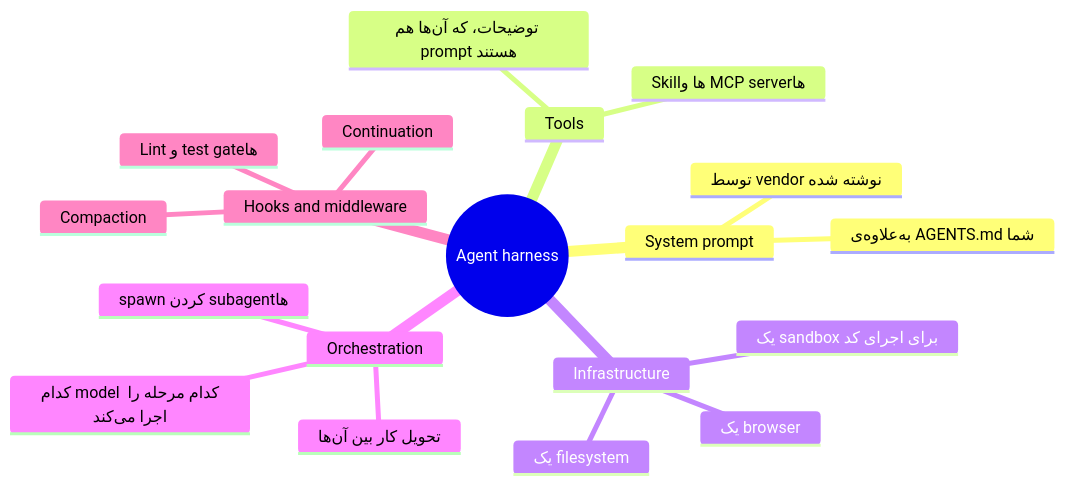
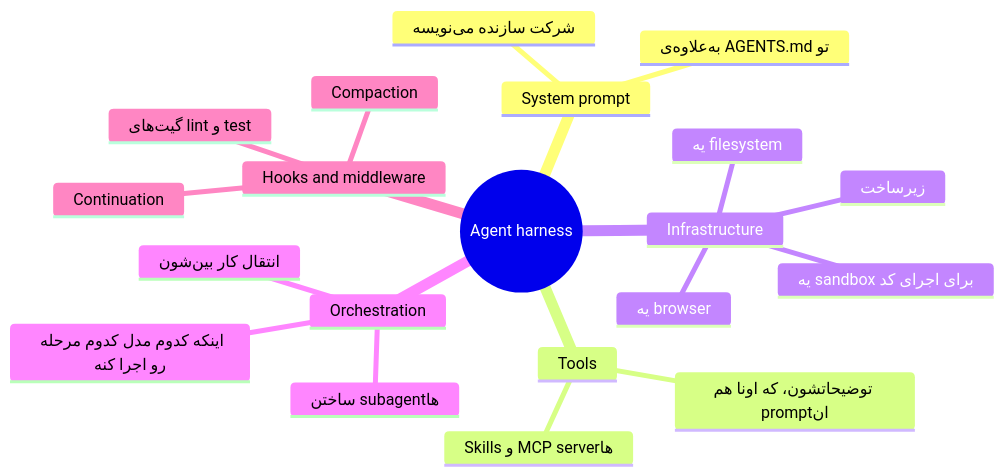
Before and after one commit to lokumai/ai-engineering-bazaar: the first of 3 diagrams in mini-courses/2_intermediate/harness_engineering_fa.md, drawn with Mermaid. The commit also changed other lines of this file and 63 other files, not shown here.

````diff
--- a/mini-courses/2_intermediate/harness_engineering_fa.md
+++ b/mini-courses/2_intermediate/harness_engineering_fa.md
@@ -51,22 +51,23 @@
 ```mermaid
 mindmap
   root((Agent harness))
     System prompt
-      توسط vendor نوشته شده
-      به‌علاوه‌ی AGENTS.md شما
+      شرکت سازنده می‌نویسه
+      به‌علاوه‌ی AGENTS.md تو
     Tools
-      توضیحات، که آن‌ها هم prompt هستند
-      Skill‌ها و MCP server‌ها
+      توضیحاتشون، که اونا هم prompt‌ان
+      Skills و MCP server‌ها
     Infrastructure
-      یک filesystem
-      یک sandbox برای اجرای کد
-      یک browser
+      زیرساخت
+      یه filesystem
+      یه sandbox برای اجرای کد
+      یه browser
     Orchestration
-      spawn کردن subagent‌ها
-      تحویل کار بین آن‌ها
-      کدام model کدام مرحله را اجرا می‌کند
+      ساختن subagent‌ها
+      انتقال کار بین‌شون
+      اینکه کدوم مدل کدوم مرحله رو اجرا کنه
     Hooks and middleware
       Compaction
       Continuation
-      Lint و test gate‌ها
+      گیت‌های lint و test
 ```
````
